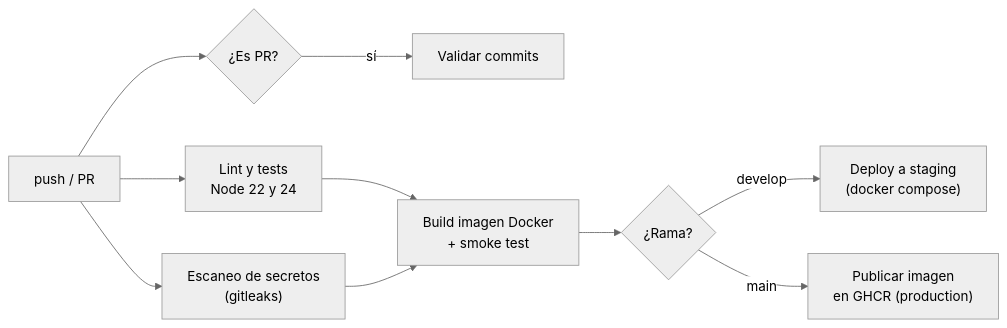
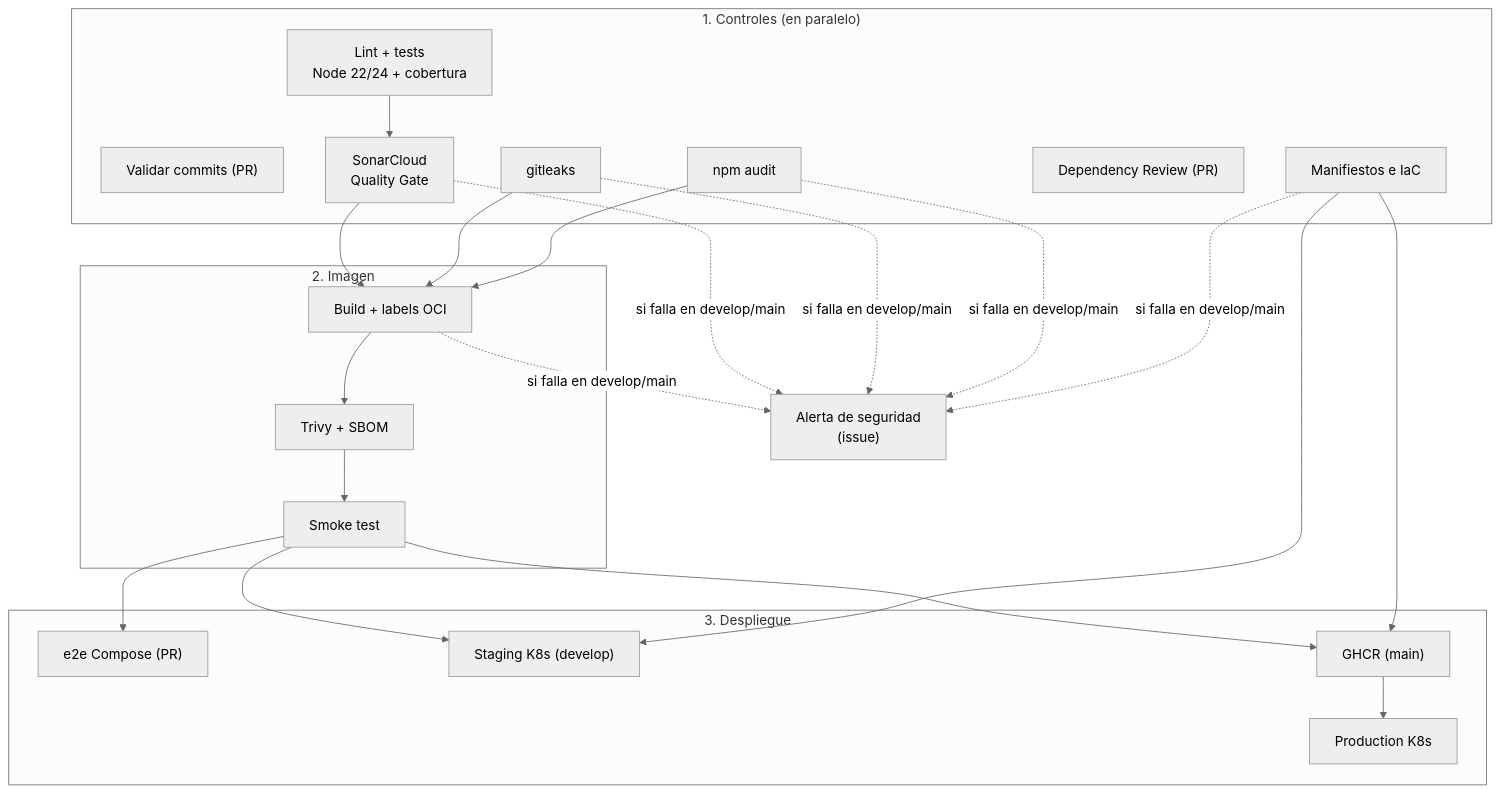
Before and after one commit to BenjaminStavrakopulos/devops-ep1-microservicio: the diagram in docs/CI-CD.md, drawn with Mermaid (neutral theme). The commit also changed other lines of this file, not shown here.

````diff
--- a/docs/CI-CD.md
+++ b/docs/CI-CD.md
@@ -29,12 +29,26 @@
 ```mermaid
-flowchart LR
-  A[push / PR] --> B{¿Es PR?}
-  B -- sí --> C[Validar commits]
-  A --> D["Lint y tests<br/>Node 22 y 24"]
-  A --> S["Escaneo de secretos<br/>(gitleaks)"]
-  D --> E["Build imagen Docker<br/>+ smoke test"]
-  S --> E
-  E --> F{¿Rama?}
-  F -- develop --> G["Deploy a staging<br/>(docker compose)"]
-  F -- main --> H["Publicar imagen<br/>en GHCR (production)"]
+flowchart TB
+  subgraph Controles["1. Controles (en paralelo)"]
+    commits["Validar commits (PR)"]
+    tests["Lint + tests<br/>Node 22/24 + cobertura"]
+    sonar["SonarCloud<br/>Quality Gate"]
+    secretos["gitleaks"]
+    audit["npm audit"]
+    review["Dependency Review (PR)"]
+    iac["Manifiestos e IaC"]
+    tests --> sonar
+  end
+  subgraph Imagen["2. Imagen"]
+    build["Build + labels OCI"] --> trivy["Trivy + SBOM"] --> smoke["Smoke test"]
+  end
+  sonar & secretos & audit --> build
+  subgraph Despliegue["3. Despliegue"]
+    e2e["e2e Compose (PR)"]
+    stg["Staging K8s (develop)"]
+    pub["GHCR (main)"] --> prod["Production K8s"]
+  end
+  smoke --> e2e & stg & pub
+  iac --> stg & pub
+  alerta["Alerta de seguridad<br/>(issue)"]
+  sonar & secretos & audit & iac & build -. si falla en develop/main .-> alerta
 ```
````
